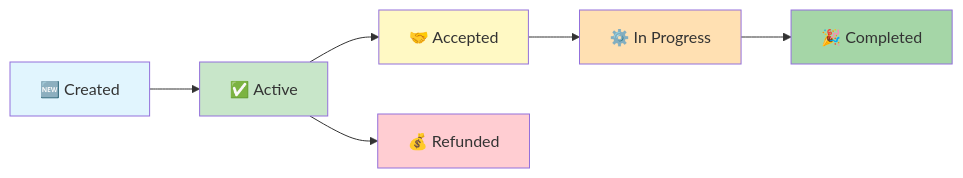
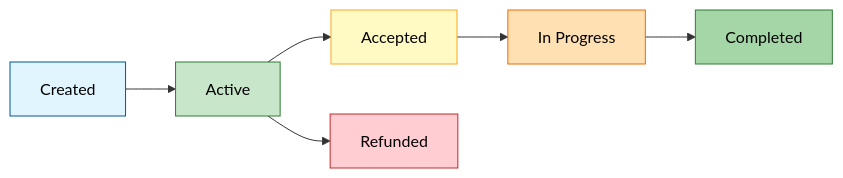
The fourth of 5 diagrams in README.md (TanmayAggarwal87/OpenReform), drawn with Mermaid before and after one commit.

Commit message:
Fix text visibility in Petition Lifecycle diagram by forcing black text color

````diff
--- a/README.md
+++ b/README.md
@@ -117,15 +117,15 @@
 ```mermaid
 flowchart LR
-    A["🆕 Created"] --> B["✅ Active"]
-    B --> C["🤝 Accepted"]
-    C --> D["⚙️ In Progress"]
-    D --> E["🎉 Completed"]
-    B --> F["💰 Refunded"]
+    A["Created"] --> B["Active"]
+    B --> C["Accepted"]
+    C --> D["In Progress"]
+    D --> E["Completed"]
+    B --> F["Refunded"]
     
-    style A fill:#e1f5fe
-    style B fill:#c8e6c9
-    style C fill:#fff9c4
-    style D fill:#ffe0b2
-    style E fill:#a5d6a7
-    style F fill:#ffcdd2
+    style A fill:#e1f5fe,stroke:#01579b,color:#000
+    style B fill:#c8e6c9,stroke:#2e7d32,color:#000
+    style C fill:#fff9c4,stroke:#f9a825,color:#000
+    style D fill:#ffe0b2,stroke:#ef6c00,color:#000
+    style E fill:#a5d6a7,stroke:#2e7d32,color:#000
+    style F fill:#ffcdd2,stroke:#c62828,color:#000
 ```
````
